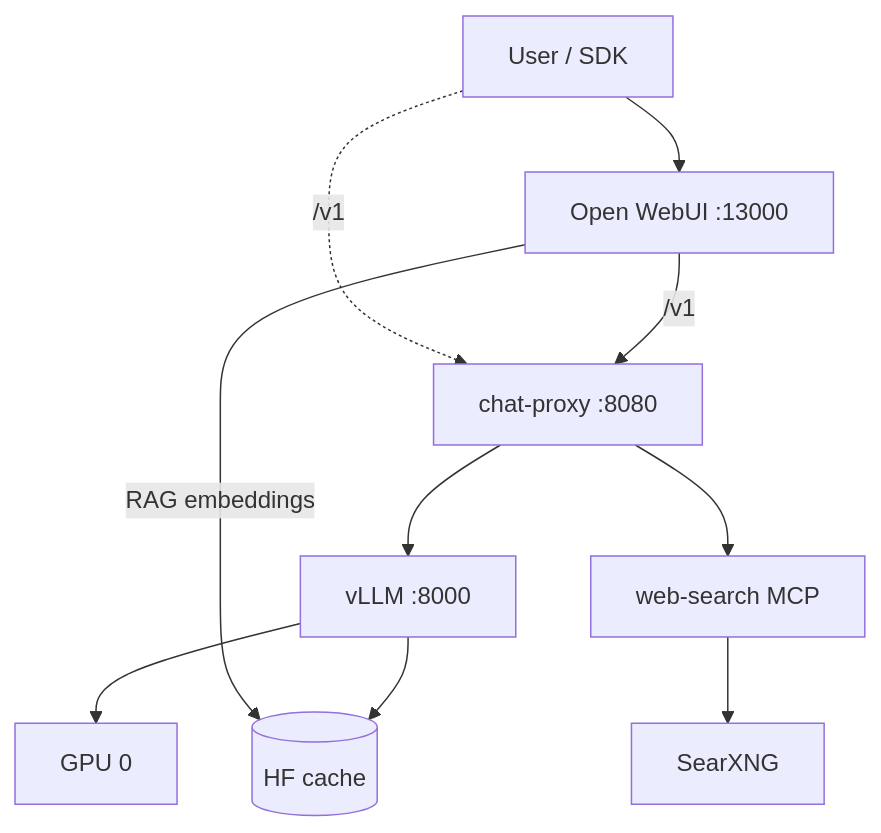
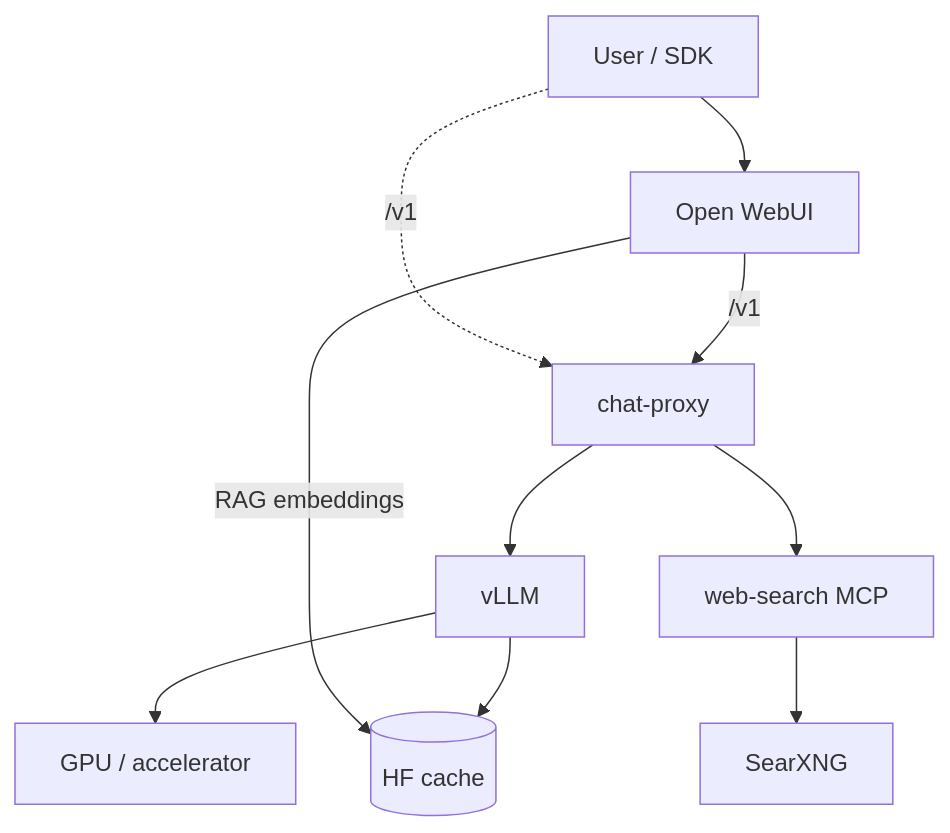
Before and after one commit to pueraeternis/chat-ai: the diagram in docs/ARCHITECTURE.md, drawn with Mermaid. The commit also changed other lines of this file and 11 other files, not shown here.

````diff
--- a/docs/ARCHITECTURE.md
+++ b/docs/ARCHITECTURE.md
@@ -20,21 +57,21 @@
 ```mermaid
 flowchart TB
   User[User / SDK]
-  OW[Open WebUI :13000]
-  Proxy[chat-proxy :8080]
-  VLLM[vLLM :8000]
+  OW[Open WebUI]
+  Proxy[chat-proxy]
+  VLLM[vLLM]
   MCP[web-search MCP]
   SX[SearXNG]
   HF[(HF cache)]
-  GPU[GPU 0]
+  GPU[GPU / accelerator]
 
   User --> OW
   OW -->|/v1| Proxy
   User -.->|/v1| Proxy
   Proxy --> VLLM
   Proxy --> MCP
   MCP --> SX
   VLLM --> HF
   VLLM --> GPU
   OW -->|RAG embeddings| HF
 ```
````
